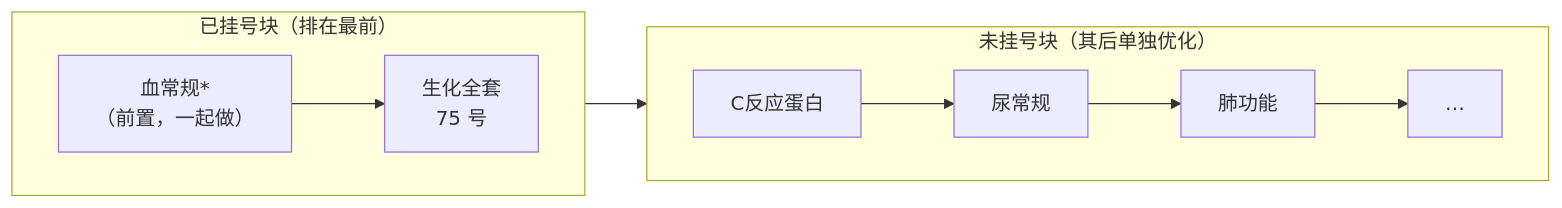
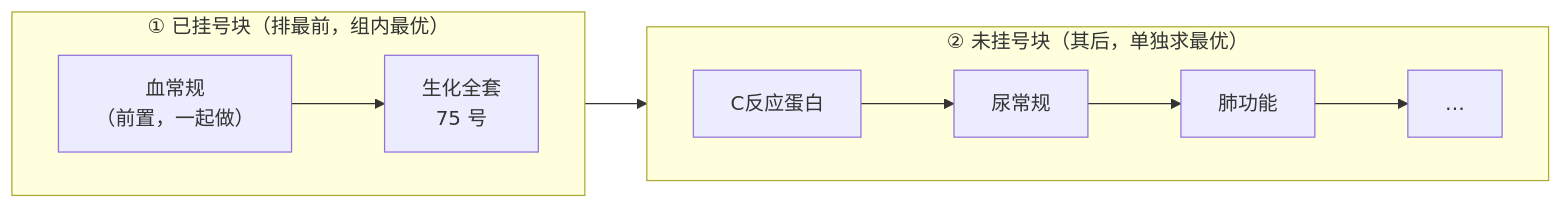
The third of 5 diagrams in docs/研发文档-V2-20261104.md (fore-blip/exam-scheduler), drawn with Mermaid before and after one commit. The commit also changed other lines of this file, not shown here.

Commit message:
docs: 研发文档改写为「改动点 + 实际意义 + 图解」风格

````diff
--- a/docs/研发文档-V2-20261104.md
+++ b/docs/研发文档-V2-20261104.md
@@ -198,12 +107,12 @@
 ```mermaid
 flowchart LR
-    subgraph B1["已挂号块（排在最前）"]
+    subgraph B1["① 已挂号块（排最前，组内最优）"]
         direction LR
-        A["血常规*<br/>（前置，一起做）"] --> B["生化全套<br/>75 号"]
+        A["血常规<br/>（前置，一起做）"] --> B["生化全套<br/>75 号"]
     end
-    subgraph B2["未挂号块（其后单独优化）"]
+    subgraph B2["② 未挂号块（其后，单独求最优）"]
         direction LR
         C["C反应蛋白"] --> D["尿常规"] --> E["肺功能"] --> F["…"]
     end
     B1 --> B2
 ```
````
